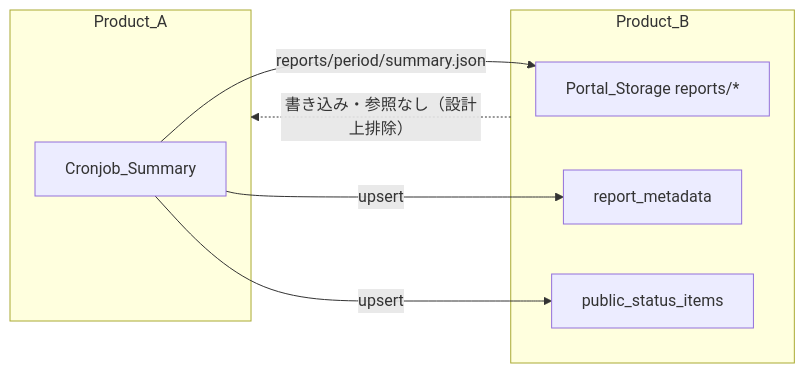
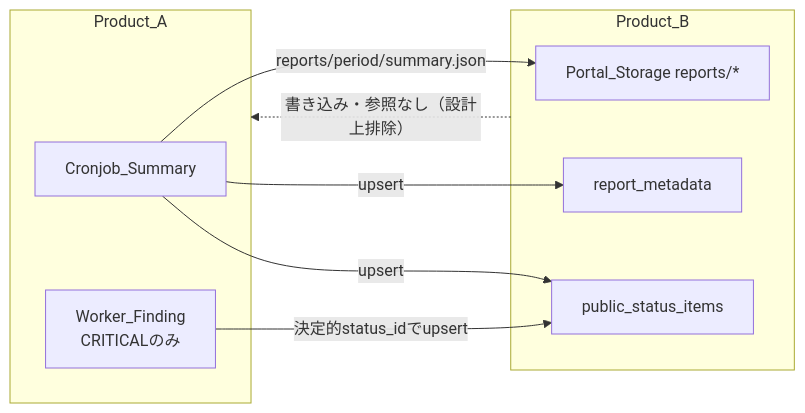
One commit to deutch6122/aws-incident-security-ops-platform changed the second of 3 diagrams in docs/architecture/architecture-overview.md. Above: the diagram before and after it, drawn with Mermaid. The commit also changed other lines of this file and 31 other files, not shown here.

````diff
--- a/docs/architecture/architecture-overview.md
+++ b/docs/architecture/architecture-overview.md
@@ -60,15 +62,17 @@
 ```mermaid
 flowchart LR
     subgraph A["Product_A"]
         CS[Cronjob_Summary]
+        WF[Worker_Finding<br/>CRITICALのみ]
     end
     subgraph B["Product_B"]
         PS[Portal_Storage reports/*]
         RM[report_metadata]
         PSI[public_status_items]
     end
     CS -->|reports/period/summary.json| PS
     CS -->|upsert| RM
     CS -->|upsert| PSI
+    WF -->|決定的status_idでupsert| PSI
     B -.->|書き込み・参照なし（設計上排除）| A
 ```
````
